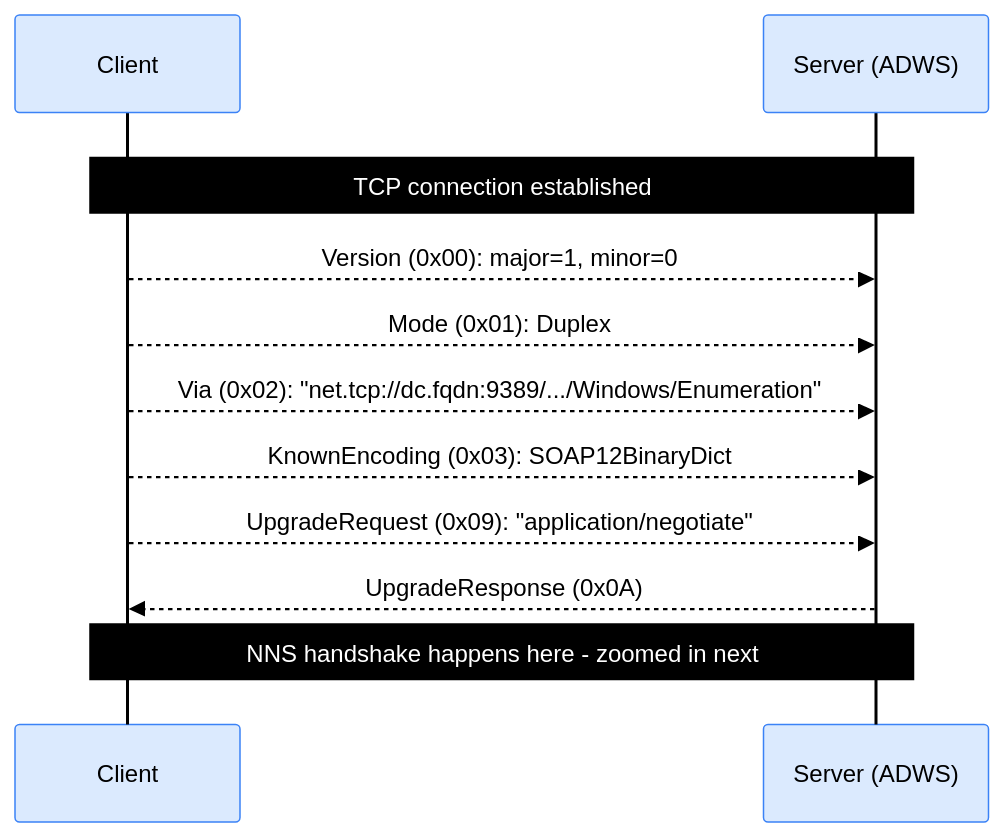
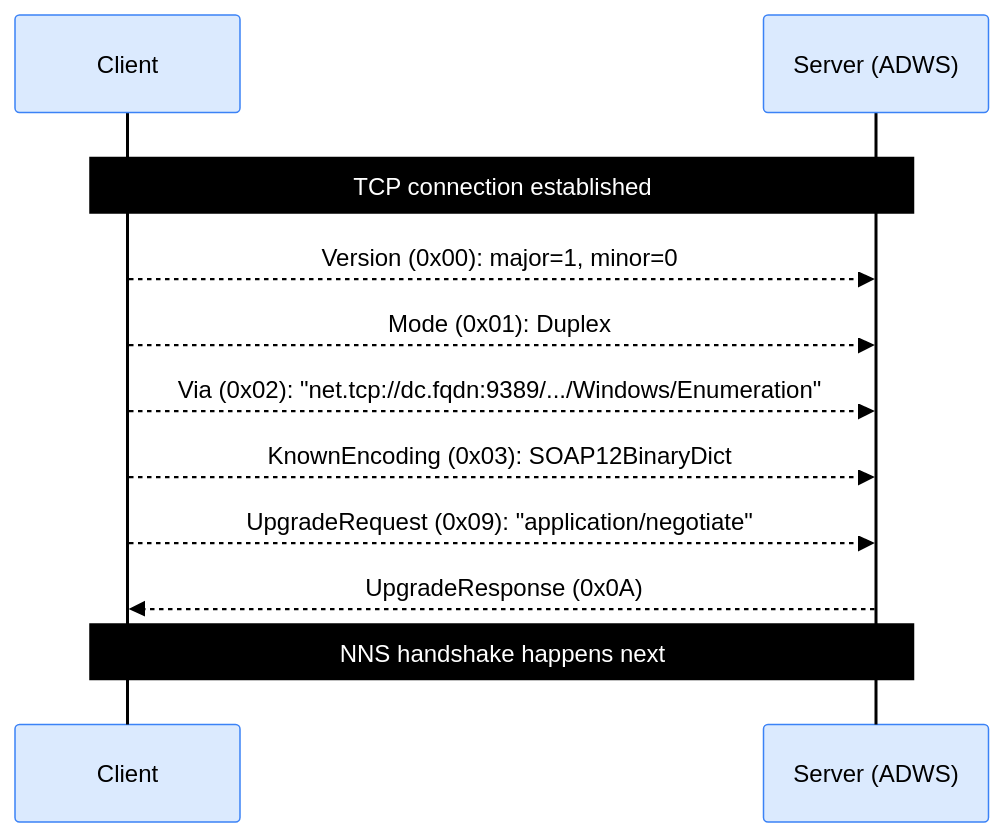
The third of 4 diagrams in articles/adws-the-soap-bridge.md (Macmod/ginpacket-wiki), drawn with Mermaid before and after one commit. The commit also changed other lines of this file, not shown here.

````diff
--- a/articles/adws-the-soap-bridge.md
+++ b/articles/adws-the-soap-bridge.md
@@ -481,32 +481,32 @@
 ```mermaid
 %%{init: {'theme': 'base', 'themeVariables': {
   'actorBkg': '#dbeafe',
   'actorBorder': '#3b82f6',
   'actorTextColor': '#000000',
   'actorLineColor': '#000000',
   'signalColor': '#000000',
   'signalTextColor': '#000000',
   'labelBoxBkgColor': '#dbeafe',
   'labelBoxBorderColor': '#3b82f6',
   'labelTextColor': '#000000',
   'loopTextColor': '#000000',
   'noteBkgColor': '#000000',
   'noteBorderColor': '#000000',
   'noteTextColor': '#ffffff'
 }}}%%
 sequenceDiagram
     participant C as Client
     participant S as Server (ADWS)
 
     rect rgb(255, 255, 255)
     Note over C,S: TCP connection established
     C-->>S: Version (0x00): major=1, minor=0
     C-->>S: Mode (0x01): Duplex
     C-->>S: Via (0x02): "net.tcp://dc.fqdn:9389/.../Windows/Enumeration"
     C-->>S: KnownEncoding (0x03): SOAP12BinaryDict
     C-->>S: UpgradeRequest (0x09): "application/negotiate"
     S-->>C: UpgradeResponse (0x0A)
 
-    Note over C,S: NNS handshake happens here - zoomed in next
+    Note over C,S: NNS handshake happens next
     end
 ```
````
